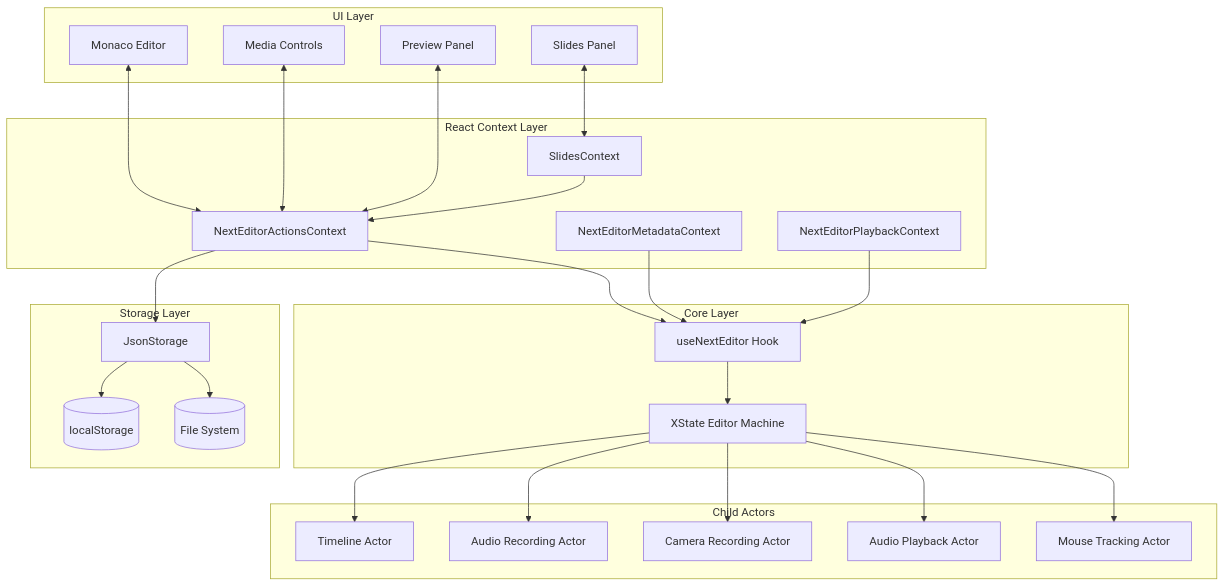
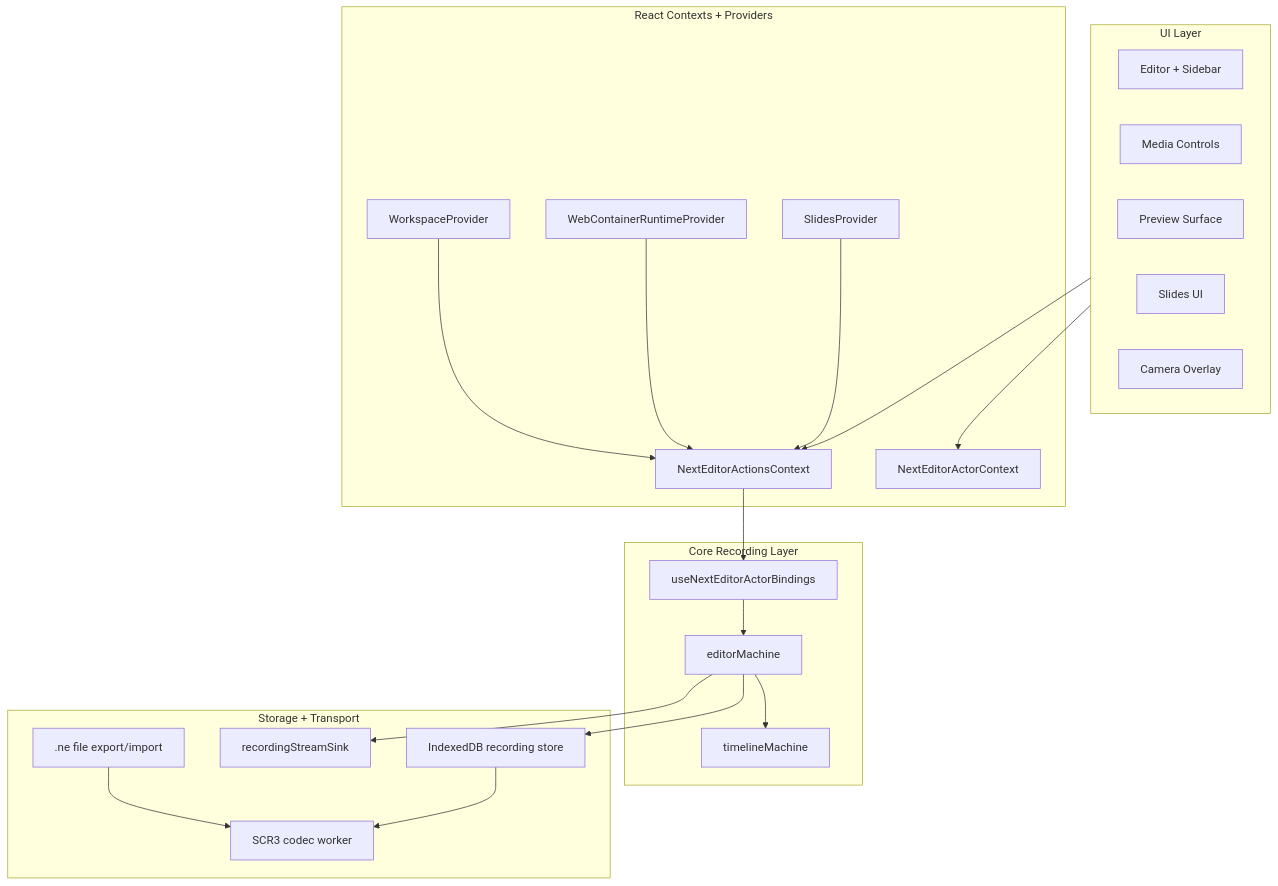
One commit to channyeintun/next-editor changed the first of 5 diagrams in docs/data-flow.md. Above: the diagram before and after it, drawn with Mermaid. The commit also changed other lines of this file and 4 other files, not shown here.

````diff
--- a/docs/data-flow.md
+++ b/docs/data-flow.md
@@ -9,56 +7,44 @@
 ```mermaid
 flowchart TB
     subgraph UI["UI Layer"]
-        Editor[Monaco Editor]
+        Editor[Editor + Sidebar]
         Controls[Media Controls]
-        Preview[Preview Panel]
-        Slides[Slides Panel]
+        Preview[Preview Surface]
+        Slides[Slides UI]
+        Camera[Camera Overlay]
     end
 
-    subgraph Context["React Context Layer"]
-        NAC[NextEditorActionsContext]
-        NMC[NextEditorMetadataContext]
-        NPC[NextEditorPlaybackContext]
-        SC[SlidesContext]
+    subgraph Contexts["React Contexts + Providers"]
+        Actions[NextEditorActionsContext]
+        Actor[NextEditorActorContext]
+        Workspace[WorkspaceProvider]
+        Runtime[WebContainerRuntimeProvider]
+        SlidesCtx[SlidesProvider]
     end
 
-    subgraph Core["Core Layer"]
-        Hook[useNextEditor Hook]
-        Machine[XState Editor Machine]
+    subgraph Core["Core Recording Layer"]
+        Hook[useNextEditorActorBindings]
+        Machine[editorMachine]
+        Timeline[timelineMachine]
     end
 
-    subgraph Actors["Child Actors"]
-        Timeline[Timeline Actor]
-        AudioRec[Audio Recording Actor]
-        CameraRec[Camera Recording Actor]
-        AudioPlay[Audio Playback Actor]
-        Mouse[Mouse Tracking Actor]
+    subgraph Persistence["Storage + Transport"]
+        IndexedDB[IndexedDB recording store]
+        Codec[SCR3 codec worker]
+        Stream[recordingStreamSink]
+        Export[.ne file export/import]
     end
 
-    subgraph Storage["Storage Layer"]
-        JsonStorage[JsonStorage]
-        LocalStorage[(localStorage)]
-        FileSystem[(File System)]
-    end
-
-    Editor <--> NAC
-    Controls <--> NAC
-    Preview <--> NAC
-    Slides <--> SC
-
-    NAC --> Hook
-    NMC --> Hook
-    NPC --> Hook
-    SC --> NAC
-
+    UI --> Actions
+    UI --> Actor
+    Workspace --> Actions
+    Runtime --> Actions
+    SlidesCtx --> Actions
+    Actions --> Hook
     Hook --> Machine
     Machine --> Timeline
-    Machine --> AudioRec
-    Machine --> CameraRec
-    Machine --> AudioPlay
-    Machine --> Mouse
-
-    NAC --> JsonStorage
-    JsonStorage --> LocalStorage
-    JsonStorage --> FileSystem
+    Machine --> IndexedDB
+    Machine --> Stream
+    Export --> Codec
+    IndexedDB --> Codec
 ```
````
